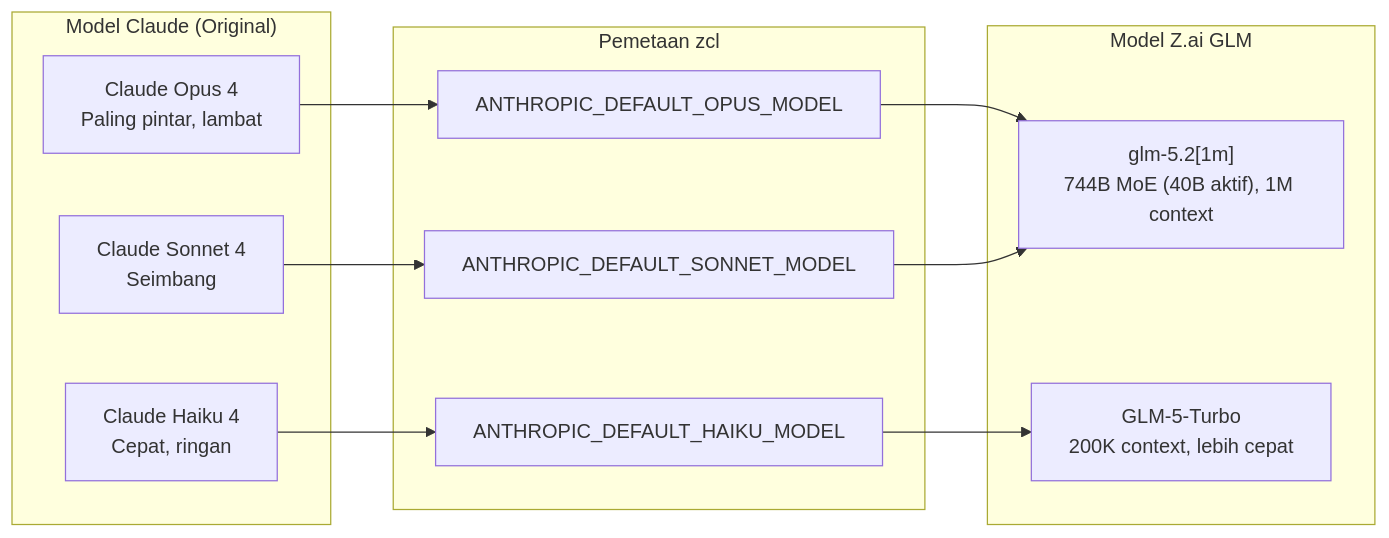
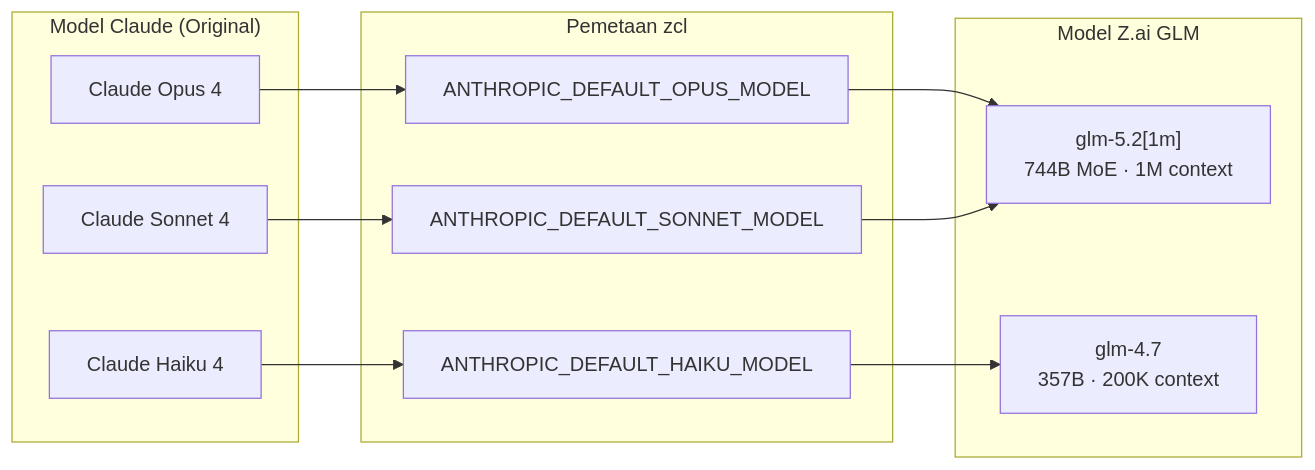
Before and after one commit to Muhira007/z-ai-claude: the fifth of 6 diagrams in README.md, drawn with Mermaid. The commit also changed other lines of this file and 3 other files, not shown here.

````diff
--- a/README.md
+++ b/README.md
@@ -265,23 +265,23 @@
 ```mermaid
 graph LR
     subgraph "Model Claude (Original)"
-        A1[Claude Opus 4<br/>Paling pintar, lambat]
-        A2[Claude Sonnet 4<br/>Seimbang]
-        A3[Claude Haiku 4<br/>Cepat, ringan]
+        A1[Claude Opus 4]
+        A2[Claude Sonnet 4]
+        A3[Claude Haiku 4]
     end
 
     subgraph "Pemetaan zcl"
         B1[ANTHROPIC_DEFAULT_OPUS_MODEL]
         B2[ANTHROPIC_DEFAULT_SONNET_MODEL]
         B3[ANTHROPIC_DEFAULT_HAIKU_MODEL]
     end
 
     subgraph "Model Z.ai GLM"
-        C1["glm-5.2[1m]<br/>744B MoE (40B aktif), 1M context"]
-        C2["GLM-5-Turbo<br/>200K context, lebih cepat"]
+        C1["glm-5.2[1m]<br/>744B MoE · 1M context"]
+        C2["glm-4.7<br/>357B · 200K context"]
     end
 
     A1 --> B1 --> C1
     A2 --> B2 --> C1
     A3 --> B3 --> C2
 ```
````
